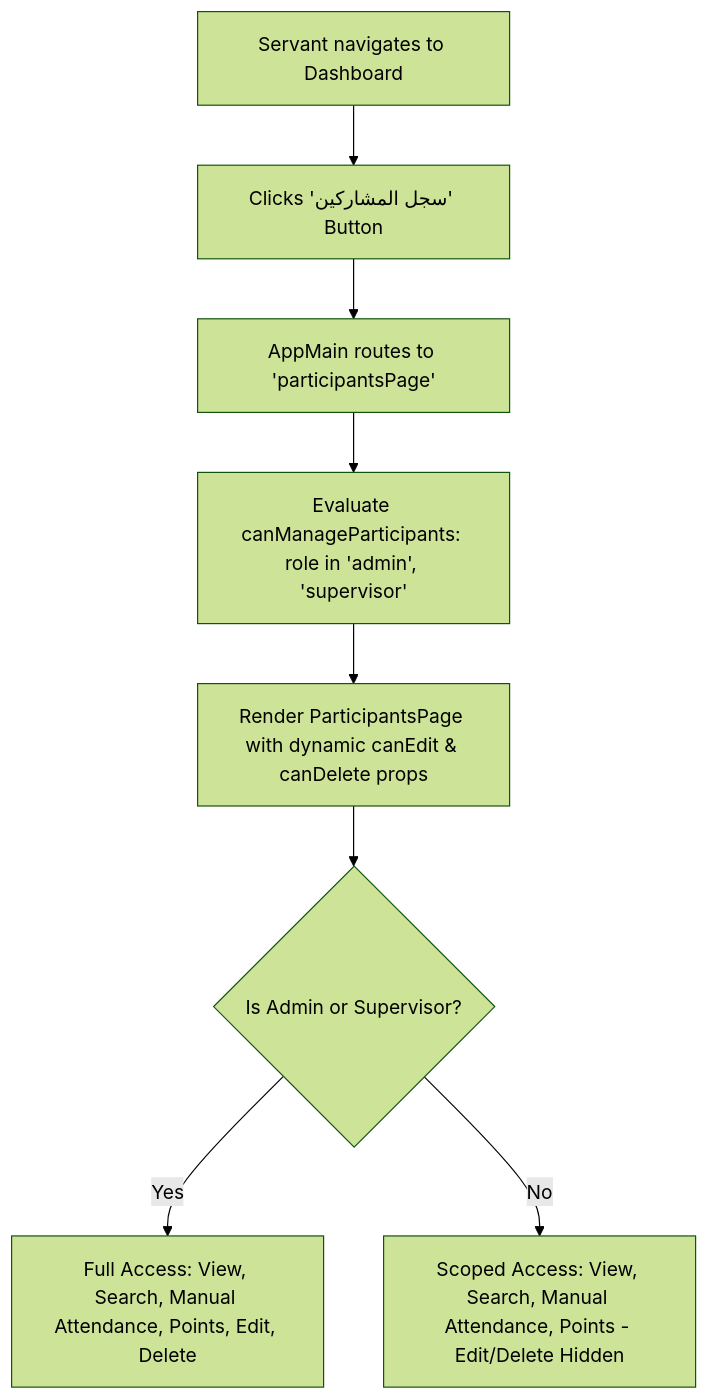
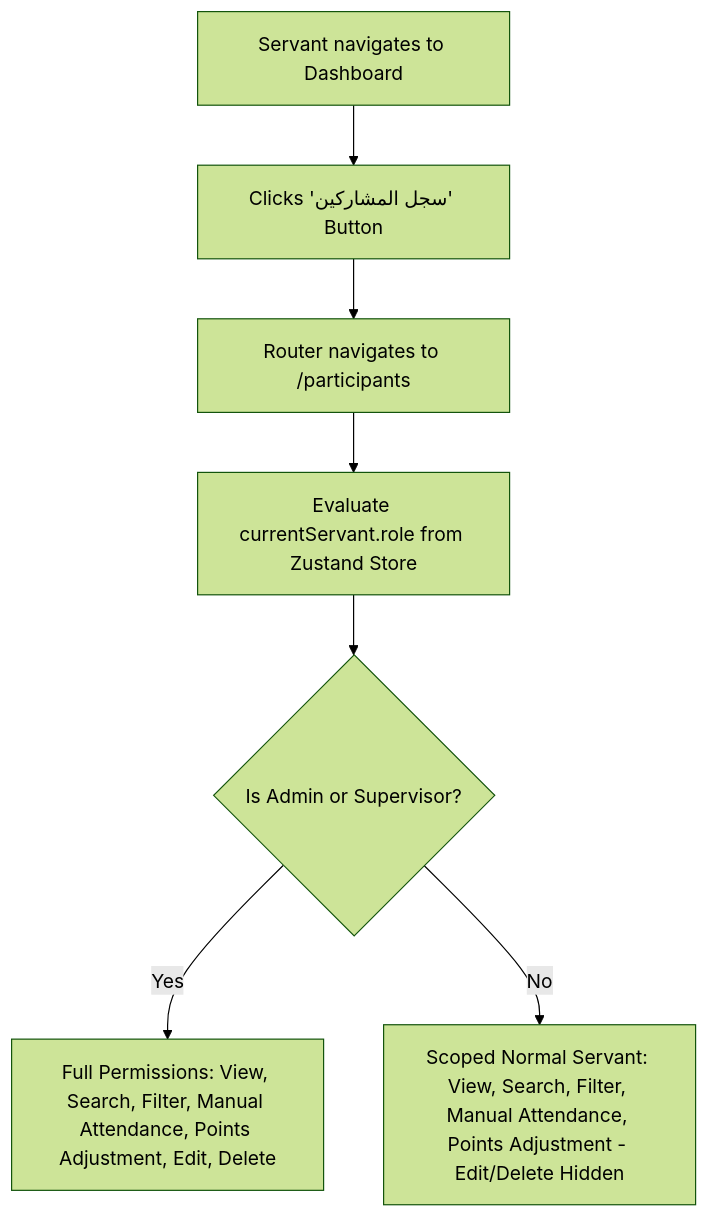
The fifth of 7 diagrams in MD/ARIBSALIN-DOCUMENTATION.md (BavlyPeter/AVA-BISHOY), drawn with Mermaid (forest theme) before and after one commit. The commit also changed other lines of this file and 37 other files, not shown here.

````diff
--- a/MD/ARIBSALIN-DOCUMENTATION.md
+++ b/MD/ARIBSALIN-DOCUMENTATION.md
@@ -348,10 +335,9 @@
 ```mermaid
 flowchart TD
     A[Servant navigates to Dashboard] --> B[Clicks 'سجل المشاركين' Button]
-    B --> C[AppMain routes to 'participantsPage']
-    C --> D[Evaluate canManageParticipants: role in 'admin', 'supervisor']
-    D --> E[Render ParticipantsPage with dynamic canEdit & canDelete props]
-    E --> F{Is Admin or Supervisor?}
-    F -- Yes --> G[Full Access: View, Search, Manual Attendance, Points, Edit, Delete]
-    F -- No --> H[Scoped Access: View, Search, Manual Attendance, Points - Edit/Delete Hidden]
+    B --> C[Router navigates to /participants]
+    C --> D[Evaluate currentServant.role from Zustand Store]
+    D --> E{Is Admin or Supervisor?}
+    E -- Yes --> F[Full Permissions: View, Search, Filter, Manual Attendance, Points Adjustment, Edit, Delete]
+    E -- No --> G[Scoped Normal Servant: View, Search, Filter, Manual Attendance, Points Adjustment - Edit/Delete Hidden]
 ```
````
